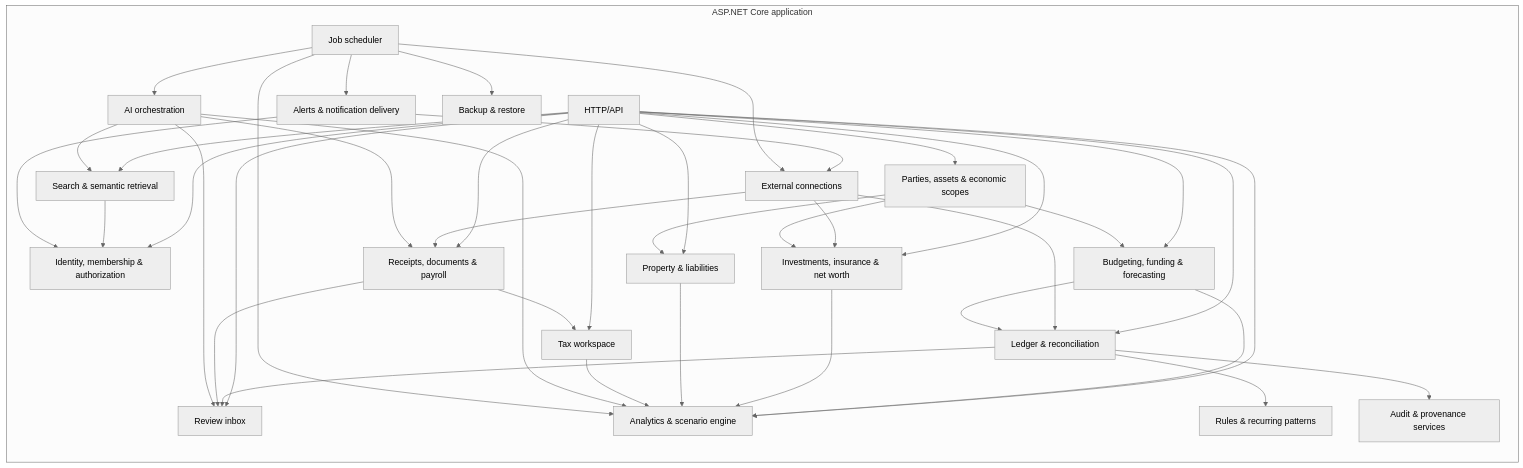
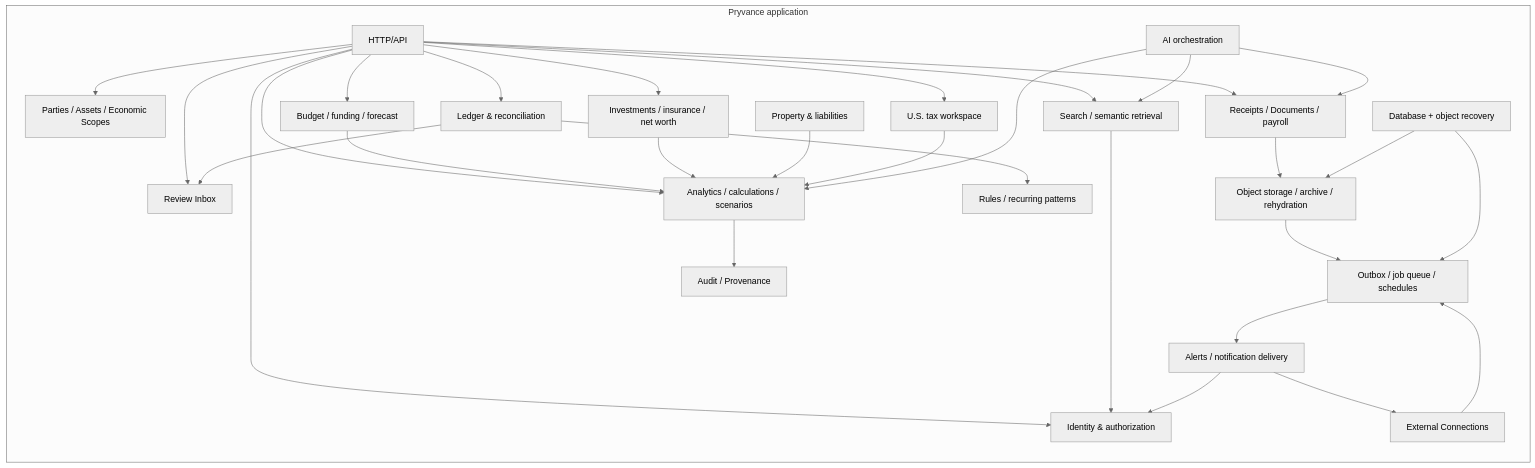
Before and after one commit to blac9216/Pryvance: the third of 9 diagrams in docs/explanation/architecture.md, drawn with Mermaid (neutral theme). The commit also changed other lines of this file and 6 other files, not shown here.

Commit message:
docs: integrate storage, jobs and persistence hardening

````diff
--- a/docs/explanation/architecture.md
+++ b/docs/explanation/architecture.md
@@ -69,65 +67,55 @@
 ```mermaid
 flowchart LR
-    subgraph API[ASP.NET Core application]
-      Http[HTTP/API]
-      Identity[Identity, membership & authorization]
+    subgraph Core[Pryvance application]
+      HTTP[HTTP/API]
+      Identity[Identity & authorization]
+      Scope[Parties / Assets / Economic Scopes]
       Ledger[Ledger & reconciliation]
-      Scope[Parties, assets & economic scopes]
-      Planning[Budgeting, funding & forecasting]
-      Wealth[Investments, insurance & net worth]
+      Planning[Budget / funding / forecast]
+      Wealth[Investments / insurance / net worth]
       Property[Property & liabilities]
-      Records[Receipts, documents & payroll]
-      Tax[Tax workspace]
-      Review[Review inbox]
-      Rules[Rules & recurring patterns]
-      Analytics[Analytics & scenario engine]
-      SearchC[Search & semantic retrieval]
+      Records[Receipts / Documents / payroll]
+      Tax[U.S. tax workspace]
+      Review[Review Inbox]
+      Rules[Rules / recurring patterns]
+      Analytics[Analytics / calculations / scenarios]
+      SearchC[Search / semantic retrieval]
       AIOrch[AI orchestration]
-      Integrations[External connections]
-      Notify[Alerts & notification delivery]
-      Audit[Audit & provenance services]
-      BackupCoord[Backup & restore]
-      Jobs[Job scheduler]
+      Integrations[External Connections]
+      Storage[Object storage / archive / rehydration]
+      Alerts[Alerts / notification delivery]
+      Audit[Audit / Provenance]
+      Recovery[Database + object recovery]
+      Jobs[Outbox / job queue / schedules]
     end
 
-    Http --> Identity
-    Http --> Ledger
-    Http --> Scope
-    Http --> Planning
-    Http --> Wealth
-    Http --> Property
-    Http --> Records
-    Http --> Tax
-    Http --> Review
-    Http --> Analytics
-    Http --> SearchC
-
-    Integrations --> Ledger
-    Integrations --> Records
-    Integrations --> Wealth
+    HTTP --> Identity
+    HTTP --> Scope
+    HTTP --> Ledger
+    HTTP --> Planning
+    HTTP --> Wealth
+    HTTP --> Records
+    HTTP --> Tax
+    HTTP --> Review
+    HTTP --> Analytics
+    HTTP --> SearchC
+    Records --> Storage
+    Storage --> Jobs
+    Integrations --> Jobs
     Ledger --> Rules
     Ledger --> Review
-    Ledger --> Audit
-    Scope --> Planning
-    Scope --> Wealth
-    Scope --> Property
-    Planning --> Ledger
     Planning --> Analytics
     Wealth --> Analytics
     Property --> Analytics
-    Records --> Tax
-    Records --> Review
     Tax --> Analytics
+    Analytics --> Audit
     AIOrch --> Records
-    AIOrch --> Review
     AIOrch --> Analytics
     AIOrch --> SearchC
     SearchC --> Identity
-    Notify --> Identity
-    Notify --> Integrations
-    Jobs --> Integrations
-    Jobs --> AIOrch
-    Jobs --> Notify
-    Jobs --> BackupCoord
-    Jobs --> Analytics
+    Alerts --> Identity
+    Alerts --> Integrations
+    Recovery --> Storage
+    Recovery --> Jobs
+    Jobs --> Alerts
 ```
````
